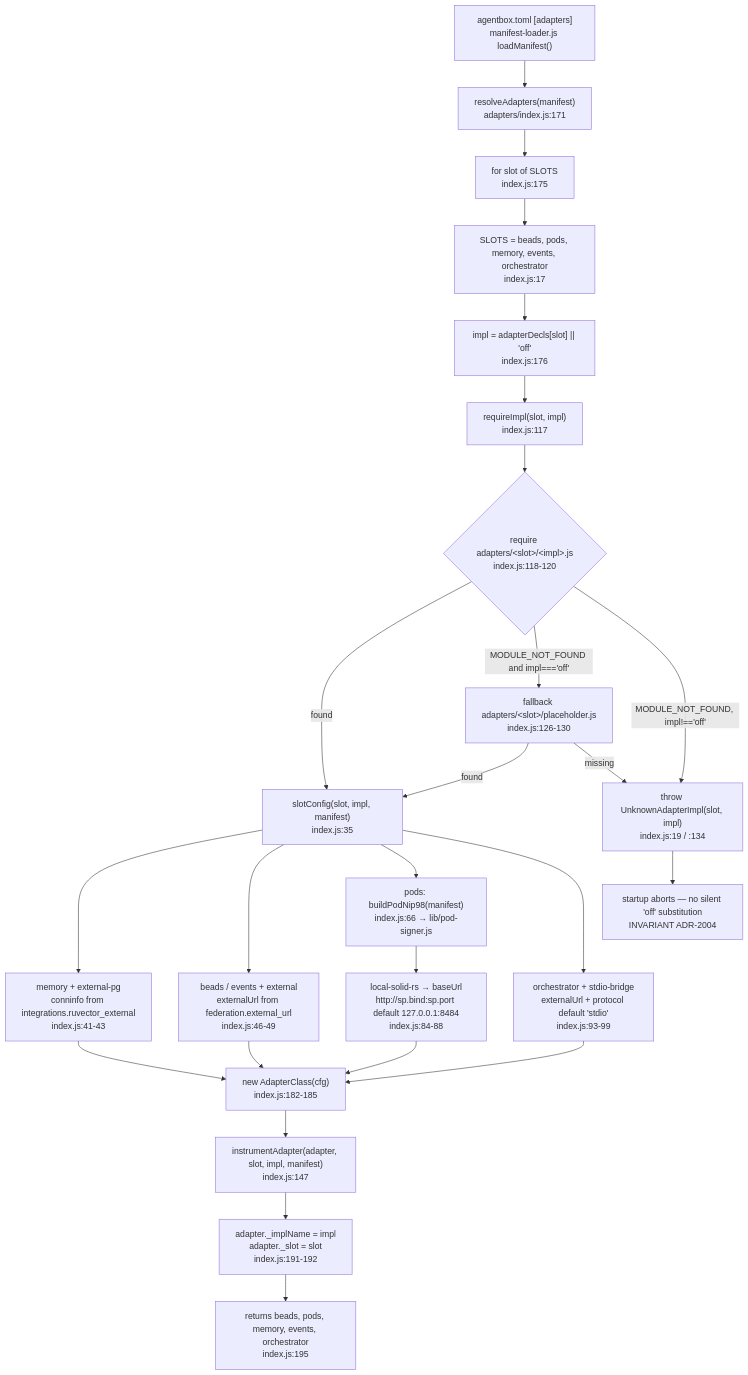
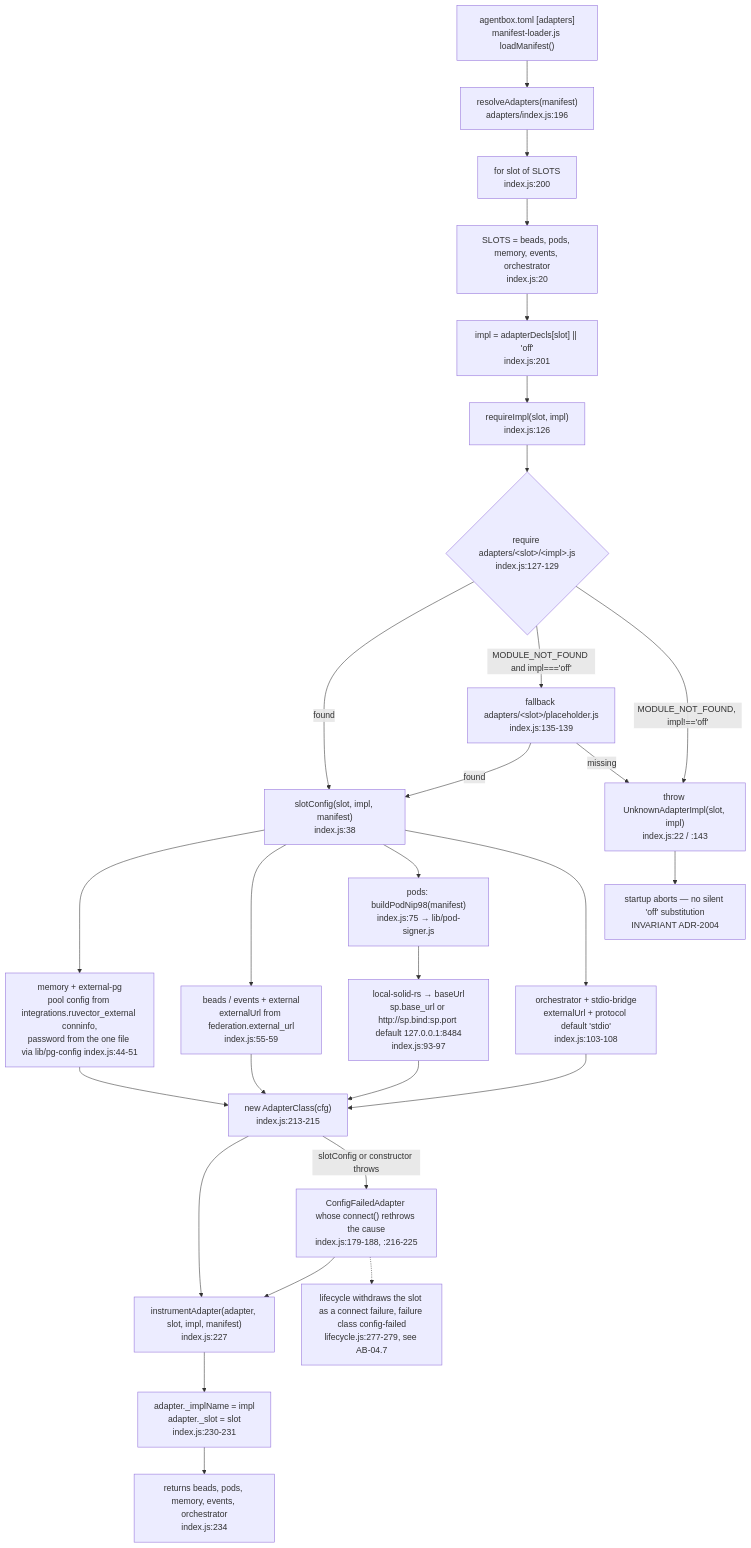
Before and after one commit to DreamLab-AI/VisionFlow: the first of 15 diagrams in docs/diagrams/agentbox/04-adapter-spine.md, drawn with Mermaid. The commit also changed other lines of this file and 173 other files, not shown here.

````diff
--- a/docs/diagrams/agentbox/04-adapter-spine.md
+++ b/docs/diagrams/agentbox/04-adapter-spine.md
@@ -47,27 +49,30 @@
 ```mermaid
 flowchart TD
-    M["agentbox.toml [adapters]<br/>manifest-loader.js loadManifest()"] --> RA["resolveAdapters(manifest)<br/>adapters/index.js:171"]
-    RA --> LOOP["for slot of SLOTS<br/>index.js:175"]
-    LOOP --> S1["SLOTS = beads, pods, memory, events, orchestrator<br/>index.js:17"]
-    S1 --> IMPL["impl = adapterDecls[slot] || 'off'<br/>index.js:176"]
-    IMPL --> REQ["requireImpl(slot, impl)<br/>index.js:117"]
-    REQ --> P1{"require adapters/&lt;slot&gt;/&lt;impl&gt;.js<br/>index.js:118-120"}
+    M["agentbox.toml [adapters]<br/>manifest-loader.js loadManifest()"] --> RA["resolveAdapters(manifest)<br/>adapters/index.js:196"]
+    RA --> LOOP["for slot of SLOTS<br/>index.js:200"]
+    LOOP --> S1["SLOTS = beads, pods, memory, events, orchestrator<br/>index.js:20"]
+    S1 --> IMPL["impl = adapterDecls[slot] || 'off'<br/>index.js:201"]
+    IMPL --> REQ["requireImpl(slot, impl)<br/>index.js:126"]
+    REQ --> P1{"require adapters/&lt;slot&gt;/&lt;impl&gt;.js<br/>index.js:127-129"}
     P1 -->|found| CFG
-    P1 -->|"MODULE_NOT_FOUND and impl==='off'"| PH["fallback adapters/&lt;slot&gt;/placeholder.js<br/>index.js:126-130"]
+    P1 -->|"MODULE_NOT_FOUND and impl==='off'"| PH["fallback adapters/&lt;slot&gt;/placeholder.js<br/>index.js:135-139"]
     PH -->|found| CFG
-    PH -->|missing| UAI["throw UnknownAdapterImpl(slot, impl)<br/>index.js:19 / :134"]
+    PH -->|missing| UAI["throw UnknownAdapterImpl(slot, impl)<br/>index.js:22 / :143"]
     P1 -->|"MODULE_NOT_FOUND, impl!=='off'"| UAI
-    CFG["slotConfig(slot, impl, manifest)<br/>index.js:35"] --> CM["memory + external-pg<br/>conninfo from integrations.ruvector_external<br/>index.js:41-43"]
-    CFG --> CB["beads / events + external<br/>externalUrl from federation.external_url<br/>index.js:46-49"]
-    CFG --> CP["pods: buildPodNip98(manifest)<br/>index.js:66 → lib/pod-signer.js"]
-    CP --> CP2["local-solid-rs → baseUrl<br/>http://sp.bind:sp.port default 127.0.0.1:8484<br/>index.js:84-88"]
-    CFG --> CO["orchestrator + stdio-bridge<br/>externalUrl + protocol default 'stdio'<br/>index.js:93-99"]
+    CFG["slotConfig(slot, impl, manifest)<br/>index.js:38"] --> CM["memory + external-pg<br/>pool config from integrations.ruvector_external conninfo,<br/>password from the one file via lib/pg-config index.js:44-51"]
+    CFG --> CB["beads / events + external<br/>externalUrl from federation.external_url<br/>index.js:55-59"]
+    CFG --> CP["pods: buildPodNip98(manifest)<br/>index.js:75 → lib/pod-signer.js"]
+    CP --> CP2["local-solid-rs → baseUrl<br/>sp.base_url or http://sp.bind:sp.port default 127.0.0.1:8484<br/>index.js:93-97"]
+    CFG --> CO["orchestrator + stdio-bridge<br/>externalUrl + protocol default 'stdio'<br/>index.js:103-108"]
     CM --> NEW
     CB --> NEW
     CP2 --> NEW
     CO --> NEW
-    NEW["new AdapterClass(cfg)<br/>index.js:182-185"] --> INST["instrumentAdapter(adapter, slot, impl, manifest)<br/>index.js:147"]
-    INST --> META["adapter._implName = impl<br/>adapter._slot = slot<br/>index.js:191-192"]
-    META --> OUT["returns beads, pods, memory, events, orchestrator<br/>index.js:195"]
+    NEW["new AdapterClass(cfg)<br/>index.js:213-215"] --> INST["instrumentAdapter(adapter, slot, impl, manifest)<br/>index.js:227"]
+    NEW -->|"slotConfig or constructor throws"| CFA["ConfigFailedAdapter whose connect() rethrows the cause<br/>index.js:179-188, :216-225"]
+    CFA --> INST
+    INST --> META["adapter._implName = impl<br/>adapter._slot = slot<br/>index.js:230-231"]
+    META --> OUT["returns beads, pods, memory, events, orchestrator<br/>index.js:234"]
     UAI --> FAIL["startup aborts — no silent 'off' substitution<br/>INVARIANT ADR-2004"]
+    CFA -.-> LC["lifecycle withdraws the slot as a connect failure, failure class config-failed<br/>lifecycle.js:277-279, see AB-04.7"]
 ```
````
